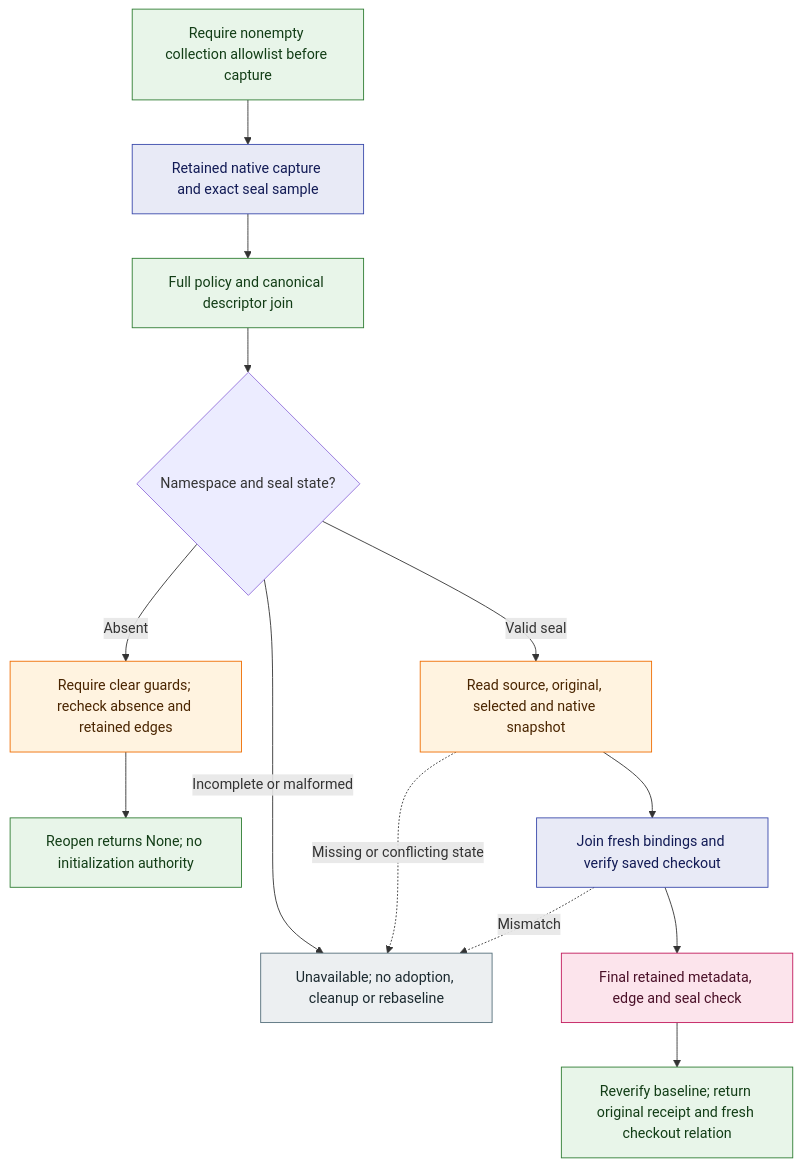
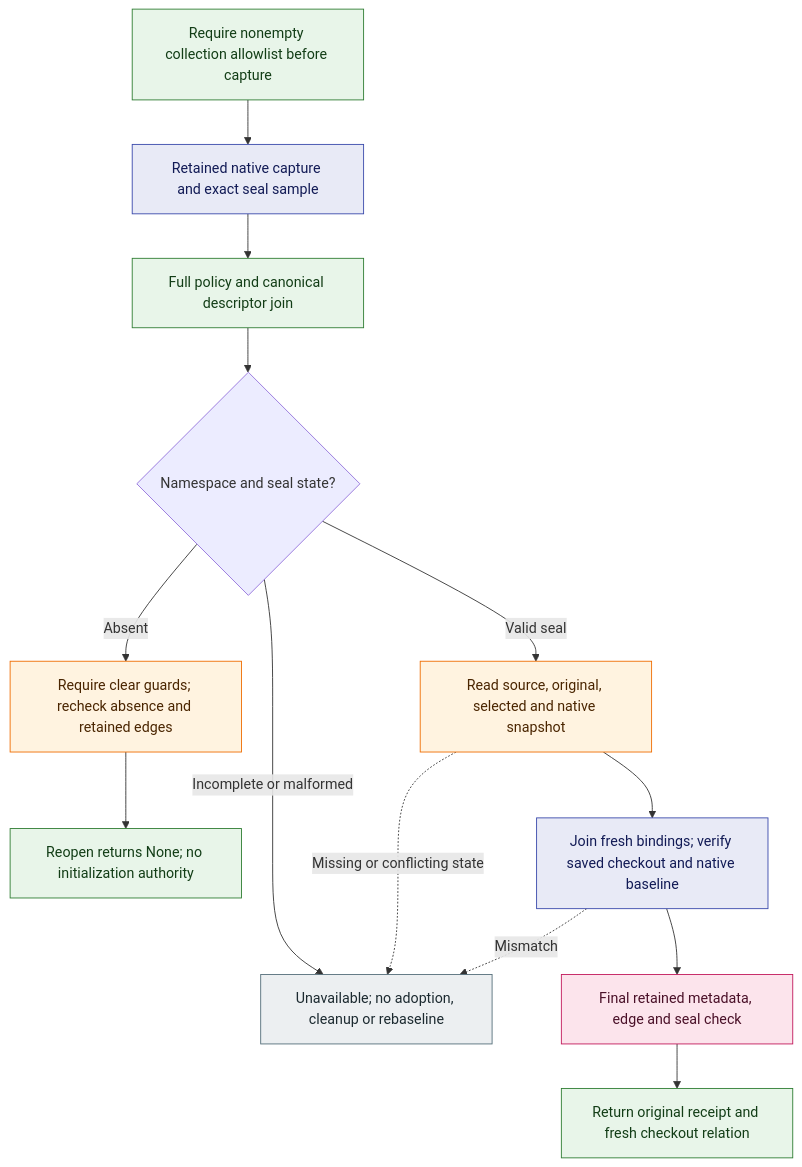
The diagram in docs/architecture/diagrams/jj-native-registration-reopen.mmd (woud420/git-ai), drawn with Mermaid before and after one commit. The commit also changed 45 other files, not shown here.

```diff
--- a/docs/architecture/diagrams/jj-native-registration-reopen.mmd
+++ b/docs/architecture/diagrams/jj-native-registration-reopen.mmd
@@ -1,18 +1,18 @@
 flowchart TD
     S["Require nonempty collection allowlist before capture"]:::service --> A
     A["Retained native capture and exact seal sample"]:::job --> B["Full policy and canonical descriptor join"]:::service
     B --> C{"Namespace and seal state?"}
     C -- "Absent" --> D["Require clear guards; recheck absence and retained edges"]:::db
     D --> E["Reopen returns None; no initialization authority"]:::service
     C -- "Valid seal" --> F["Read source, original, selected and native snapshot"]:::db
     C -- "Incomplete or malformed" --> L["Unavailable; no adoption, cleanup or rebaseline"]:::external
-    F --> G["Join fresh bindings and verify saved checkout"]:::job
+    F --> G["Join fresh bindings; verify saved checkout and native baseline"]:::job
     G --> H["Final retained metadata, edge and seal check"]:::storage
-    H --> I["Reverify baseline; return original receipt and fresh checkout relation"]:::service
+    H --> I["Return original receipt and fresh checkout relation"]:::service
     F -. "Missing or conflicting state" .-> L
     G -. "Mismatch" .-> L
     classDef external fill:#ECEFF1,stroke:#546E7A,color:#1C2A30
     classDef job fill:#E8EAF6,stroke:#3949AB,color:#111A55
     classDef storage fill:#FCE4EC,stroke:#C2185B,color:#4A1028
     classDef service fill:#E8F5E9,stroke:#2E7D32,color:#123D16
     classDef db fill:#FFF3E0,stroke:#EF6C00,color:#4A2500
```
